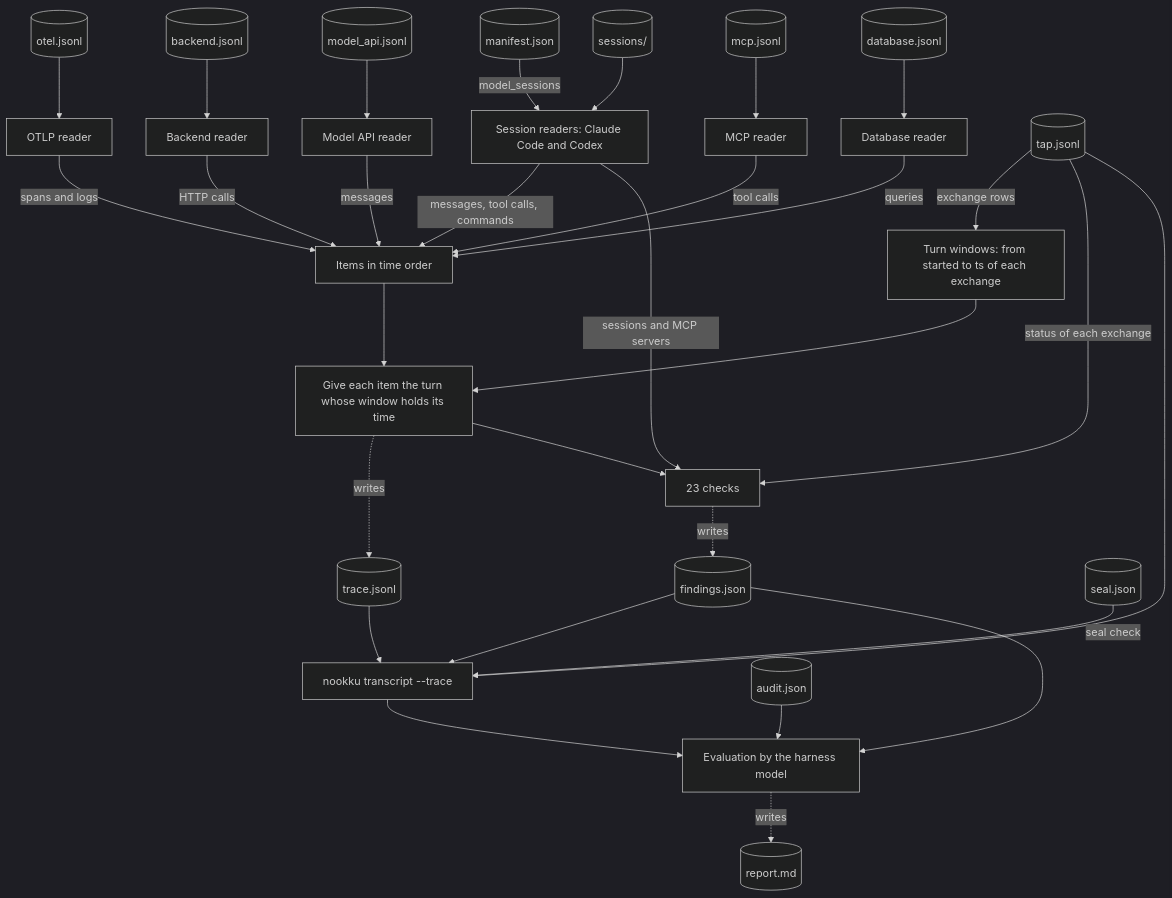
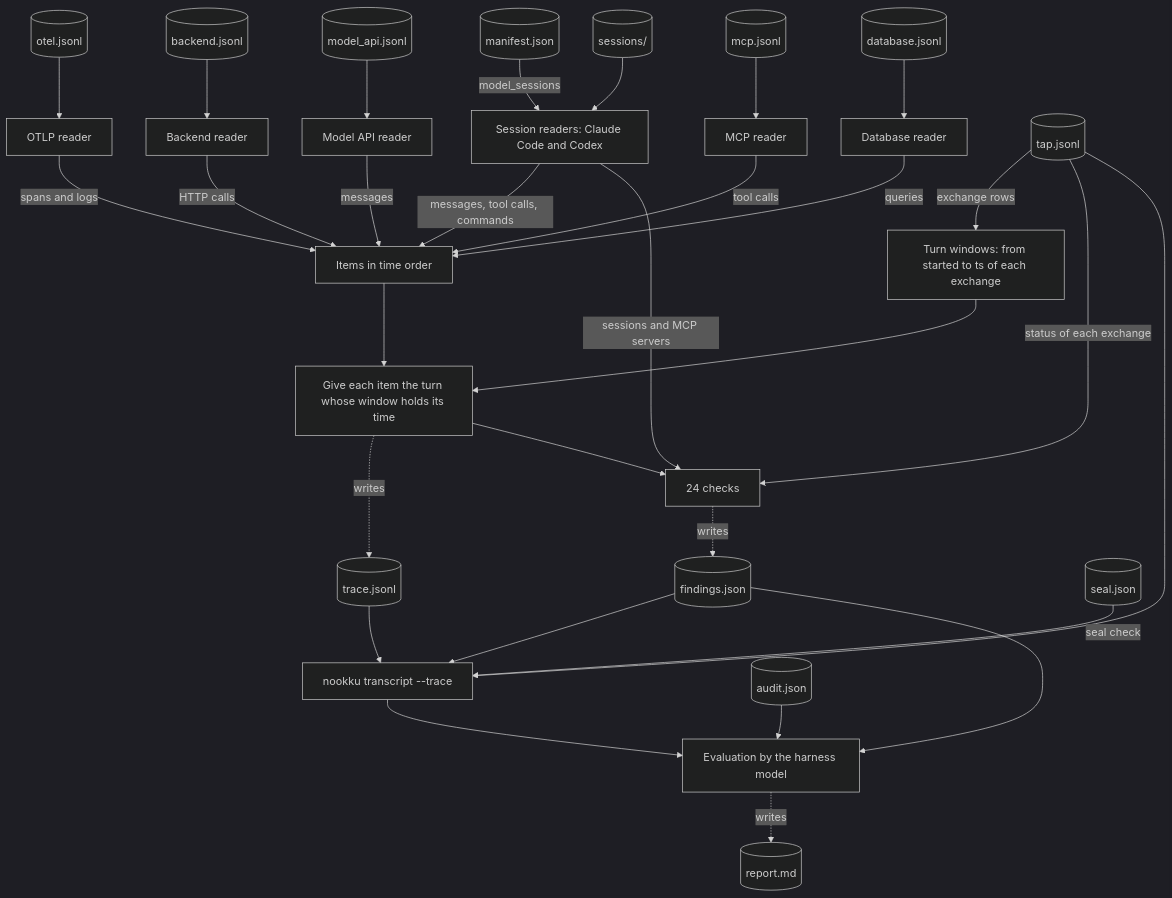
Before and after one commit to mohanraj00/nookku: the fourth of 4 diagrams in docs/architecture.md, drawn with Mermaid (dark theme). The commit also changed other lines of this file and 57 other files, not shown here.

````diff
--- a/docs/architecture.md
+++ b/docs/architecture.md
@@ -213,32 +213,32 @@
 ```mermaid
 flowchart TB
     manifestrec[(manifest.json)] -->|model_sessions| sreaders[Session readers: Claude Code and Codex]
     sessions[(sessions/)] --> sreaders
     otelrec[(otel.jsonl)] --> oreader[OTLP reader]
     backendrec[(backend.jsonl)] --> breader[Backend reader]
     modelrec[(model_api.jsonl)] --> mreader[Model API reader]
     mcprec[(mcp.jsonl)] --> mcpreader[MCP reader]
     dbrec[(database.jsonl)] --> dbreader[Database reader]
     sreaders -->|messages, tool calls, commands| items[Items in time order]
     oreader -->|spans and logs| items
     breader -->|HTTP calls| items
     mreader -->|messages| items
     mcpreader -->|tool calls| items
     dbreader -->|queries| items
     taprec[(tap.jsonl)] -->|exchange rows| windows[Turn windows: from started to ts of each exchange]
     items --> assign[Give each item the turn whose window holds its time]
     windows --> assign
     assign -.->|writes| tracerec[(trace.jsonl)]
-    assign --> checks[23 checks]
+    assign --> checks[24 checks]
     sreaders -->|sessions and MCP servers| checks
     taprec -->|status of each exchange| checks
     checks -.->|writes| findingsrec[(findings.json)]
     taprec --> transcript[nookku transcript --trace]
     tracerec --> transcript
     findingsrec --> transcript
     sealrec[(seal.json)] -->|seal check| transcript
     transcript --> eval[Evaluation by the harness model]
     findingsrec --> eval
     auditrec[(audit.json)] --> eval
     eval -.->|writes| report[(report.md)]
 ```
````
